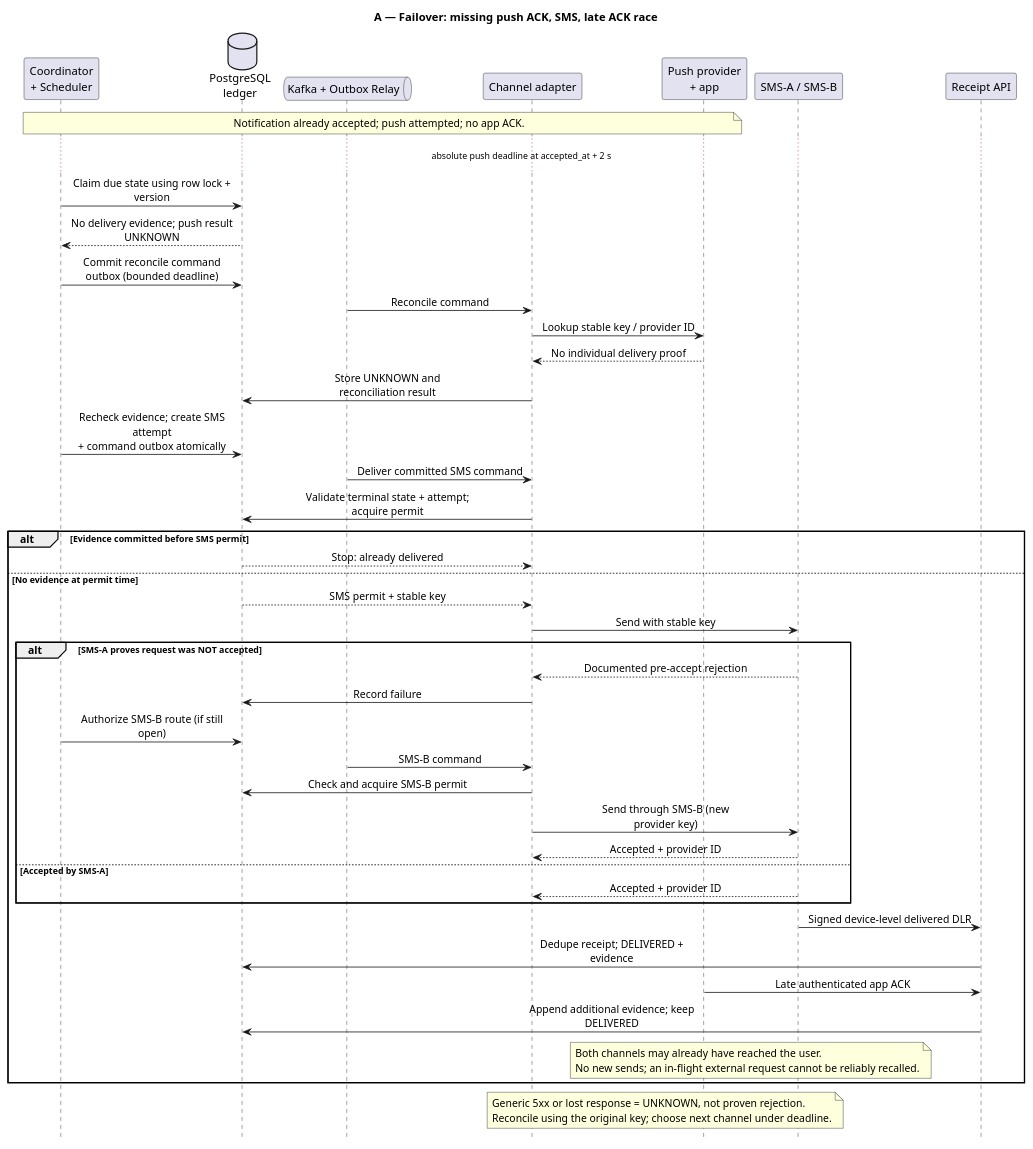
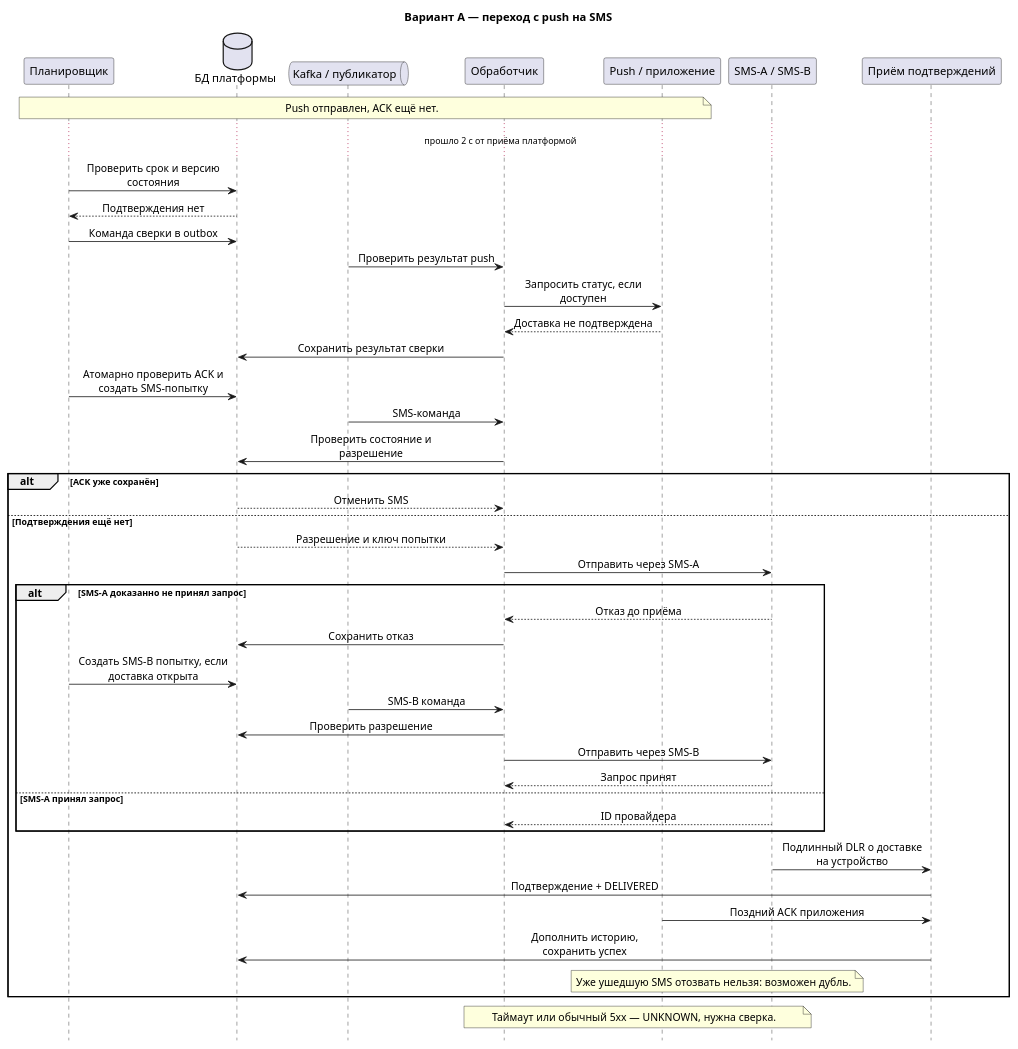
Before and after one commit to irinamilova/marketplace-architecture: the diagram in hw4/diagrams/a-failover.puml, drawn with PlantUML. The commit also changed 18 other files, not shown here.

```diff
--- a/hw4/diagrams/a-failover.puml
+++ b/hw4/diagrams/a-failover.puml
@@ -1,49 +1,49 @@
 @startuml
-title A — Failover: missing push ACK, SMS, late ACK race
+title Вариант A — переход с push на SMS
 hide footbox
 skinparam backgroundColor #FFFFFF
 skinparam sequenceMessageAlign center
-skinparam maxMessageSize 210
-participant "Coordinator\n+ Scheduler" as C
-database "PostgreSQL\nledger" as DB
-queue "Kafka + Outbox Relay" as K
-participant "Channel adapter" as W
-participant "Push provider\n+ app" as Push
+skinparam maxMessageSize 190
+participant "Планировщик" as C
+database "БД платформы" as DB
+queue "Kafka / публикатор" as K
+participant "Обработчик" as W
+participant "Push / приложение" as Push
 participant "SMS-A / SMS-B" as SMS
-participant "Receipt API" as R
-note over C,Push: Notification already accepted; push attempted; no app ACK.
-... absolute push deadline at accepted_at + 2 s ...
-C -> DB: Claim due state using row lock + version
-DB --> C: No delivery evidence; push result UNKNOWN
-C -> DB: Commit reconcile command outbox (bounded deadline)
-K -> W: Reconcile command
-W -> Push: Lookup stable key / provider ID
-Push --> W: No individual delivery proof
-W -> DB: Store UNKNOWN and reconciliation result
-C -> DB: Recheck evidence; create SMS attempt\n+ command outbox atomically
-K -> W: Deliver committed SMS command
-W -> DB: Validate terminal state + attempt; acquire permit
-alt Evidence committed before SMS permit
-  DB --> W: Stop: already delivered
-else No evidence at permit time
-  DB --> W: SMS permit + stable key
-  W -> SMS: Send with stable key
-  alt SMS-A proves request was NOT accepted
-    SMS --> W: Documented pre-accept rejection
-    W -> DB: Record failure
-    C -> DB: Authorize SMS-B route (if still open)
-    K -> W: SMS-B command
-    W -> DB: Check and acquire SMS-B permit
-    W -> SMS: Send through SMS-B (new provider key)
-    SMS --> W: Accepted + provider ID
-  else Accepted by SMS-A
-    SMS --> W: Accepted + provider ID
+participant "Приём подтверждений" as R
+note over C,Push: Push отправлен, ACK ещё нет.
+... прошло 2 с от приёма платформой ...
+C -> DB: Проверить срок и версию состояния
+DB --> C: Подтверждения нет
+C -> DB: Команда сверки в outbox
+K -> W: Проверить результат push
+W -> Push: Запросить статус, если доступен
+Push --> W: Доставка не подтверждена
+W -> DB: Сохранить результат сверки
+C -> DB: Атомарно проверить ACK и создать SMS-попытку
+K -> W: SMS-команда
+W -> DB: Проверить состояние и разрешение
+alt ACK уже сохранён
+  DB --> W: Отменить SMS
+else Подтверждения ещё нет
+  DB --> W: Разрешение и ключ попытки
+  W -> SMS: Отправить через SMS-A
+  alt SMS-A доказанно не принял запрос
+    SMS --> W: Отказ до приёма
+    W -> DB: Сохранить отказ
+    C -> DB: Создать SMS-B попытку, если доставка открыта
+    K -> W: SMS-B команда
+    W -> DB: Проверить разрешение
+    W -> SMS: Отправить через SMS-B
+    SMS --> W: Запрос принят
+  else SMS-A принял запрос
+    SMS --> W: ID провайдера
   end
-  SMS -> R: Signed device-level delivered DLR
-  R -> DB: Dedupe receipt; DELIVERED + evidence
-  Push -> R: Late authenticated app ACK
-  R -> DB: Append additional evidence; keep DELIVERED
-  note over Push,SMS: Both channels may already have reached the user.\nNo new sends; an in-flight external request cannot be reliably recalled.
+  SMS -> R: Подлинный DLR о доставке на устройство
+  R -> DB: Подтверждение + DELIVERED
+  Push -> R: Поздний ACK приложения
+  R -> DB: Дополнить историю, сохранить успех
+  note over Push,SMS: Уже ушедшую SMS отозвать нельзя: возможен дубль.
 end
-note over W,SMS: Generic 5xx or lost response = UNKNOWN, not proven rejection.\nReconcile using the original key; choose next channel under deadline.
+note over W,SMS: Таймаут или обычный 5xx — UNKNOWN, нужна сверка.
 @enduml
```
